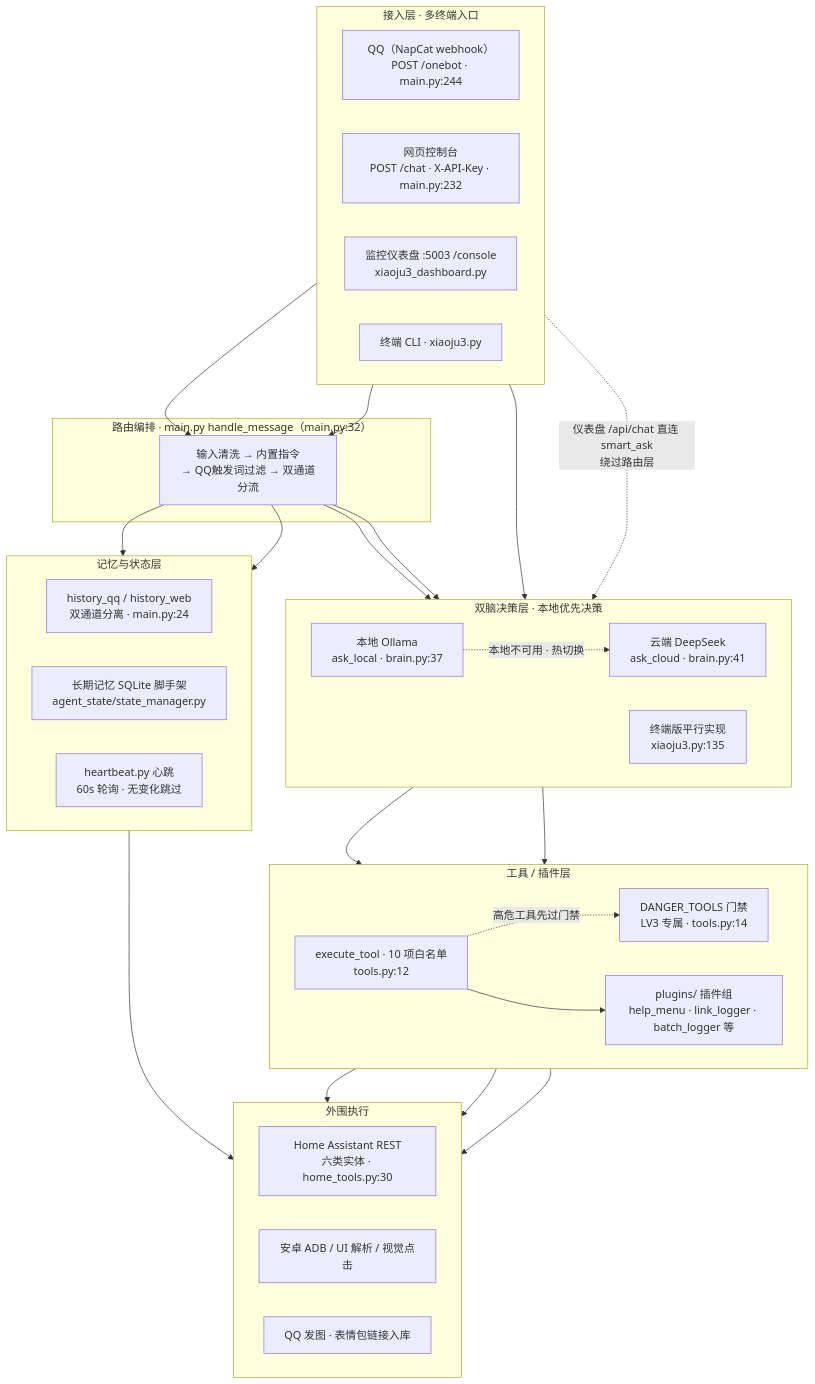
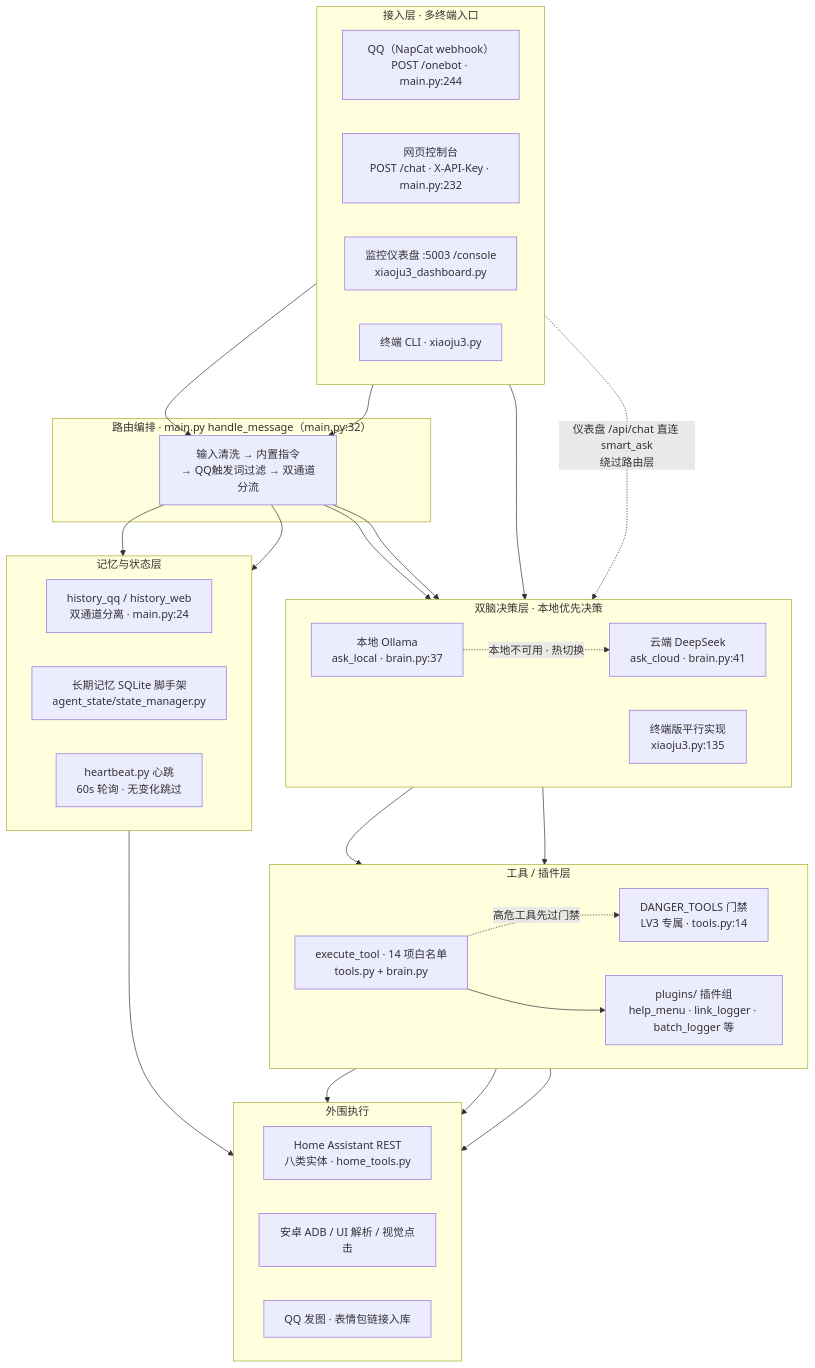
Before and after one commit to Xun201/xiaoju3-agent: the first of 3 diagrams in 架构设计文档.md, drawn with Mermaid. The commit also changed other lines of this file and 6 other files, not shown here.

````diff
--- a/架构设计文档.md
+++ b/架构设计文档.md
@@ -29,60 +29,60 @@
 ```mermaid
 flowchart TB
     subgraph ACC["接入层 · 多终端入口"]
         direction LR
         QQ["QQ（NapCat webhook）<br/>POST /onebot · main.py:244"]
         WEB["网页控制台<br/>POST /chat · X-API-Key · main.py:232"]
         DASH["监控仪表盘 :5003 /console<br/>xiaoju3_dashboard.py"]
         CLI["终端 CLI · xiaoju3.py"]
     end
 
     subgraph ROUTE["路由编排 · main.py handle_message（main.py:32）"]
         HM["输入清洗 → 内置指令<br/>→ QQ触发词过滤 → 双通道分流"]
     end
 
     subgraph BRAIN["双脑决策层 · 本地优先决策"]
         direction LR
         LOCAL["本地 Ollama<br/>ask_local · brain.py:37"]
         CLOUD["云端 DeepSeek<br/>ask_cloud · brain.py:41"]
         CB["终端版平行实现<br/>xiaoju3.py:135"]
     end
 
     subgraph TOOLS["工具 / 插件层"]
         direction LR
-        EXEC["execute_tool · 10 项白名单<br/>tools.py:12"]
+        EXEC["execute_tool · 14 项白名单<br/>tools.py + brain.py"]
         GATE["DANGER_TOOLS 门禁<br/>LV3 专属 · tools.py:14"]
         PLG["plugins/ 插件组<br/>help_menu · link_logger · batch_logger 等"]
     end
 
     subgraph MEM["记忆与状态层"]
         direction LR
         HIS["history_qq / history_web<br/>双通道分离 · main.py:24"]
         CORE["长期记忆 SQLite 脚手架<br/>agent_state/state_manager.py"]
         HB["heartbeat.py 心跳<br/>60s 轮询 · 无变化跳过"]
     end
 
     subgraph OUTER["外围执行"]
         direction LR
-        HA["Home Assistant REST<br/>六类实体 · home_tools.py:30"]
+        HA["Home Assistant REST<br/>八类实体 · home_tools.py"]
         ADB["安卓 ADB / UI 解析 / 视觉点击"]
         IMG["QQ 发图 · 表情包链接入库"]
     end
 
     QQ --> HM
     WEB --> HM
     DASH -. "仪表盘 /api/chat 直连 smart_ask<br/>绕过路由层" .-> BRAIN
     CLI --> CB
     HM --> LOCAL
     HM --> CLOUD
     LOCAL -. "本地不可用 · 热切换" .-> CLOUD
     LOCAL --> EXEC
     CLOUD --> EXEC
     EXEC -. "高危工具先过门禁" .-> GATE
     EXEC --> PLG
     EXEC --> HA
     EXEC --> ADB
     EXEC --> IMG
     HM --> HIS
     HM --> CORE
     HB --> HA
 ```
````
